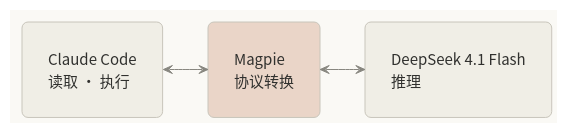
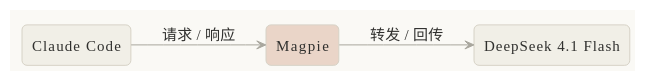
The first of 5 diagrams in src/content/posts/magpie-deepseek-4-1-claude-code.md (i-zrhe2016/blog.zrhe2016.cc), drawn with PlantUML before and after one commit. The commit also changed other lines of this file and 5 other files, not shown here.

Commit message:
docs: refine Magpie article diagrams (clean sequence flow, no render warnings)

````diff
--- a/src/content/posts/magpie-deepseek-4-1-claude-code.md
+++ b/src/content/posts/magpie-deepseek-4-1-claude-code.md
@@ -19,29 +19,26 @@
 ```plantuml
 @startuml
 !theme plain
 skinparam backgroundColor #FAF9F5
-skinparam defaultFontName "Noto Sans CJK SC"
+skinparam defaultFontName "Microsoft YaHei"
 skinparam defaultFontSize 15
 skinparam defaultFontColor #30302E
 skinparam shadowing false
-skinparam roundCorner 12
-skinparam padding 16
-skinparam nodesep 40
-skinparam ranksep 45
-skinparam ArrowColor #87867F
+skinparam roundCorner 10
+skinparam ArrowColor #A8A69D
 skinparam ArrowThickness 1
-skinparam rectangle {
-  BackgroundColor #F0EEE6
-  BorderColor #C8C5BB
-  BorderThickness 1
-}
+skinparam rectangleBackgroundColor #F1EFE7
+skinparam rectangleBorderColor #D6D2C6
+skinparam rectangleBorderThickness 1
+skinparam rectanglePadding 14
 hide stereotype
 left to right direction
 
-rectangle "Claude Code\n读取 · 执行" as CC
-rectangle "Magpie\n协议转换" as M #EAD5C8
-rectangle "DeepSeek 4.1 Flash\n推理" as DS
-CC <--> M
-M <--> DS
+rectangle "Claude Code" as CC
+rectangle "Magpie" as M #EAD5C8
+rectangle "DeepSeek 4.1 Flash" as DS
+
+CC --> M : 请求 / 响应
+M --> DS : 转发 / 回传
 @enduml
 ```
````
